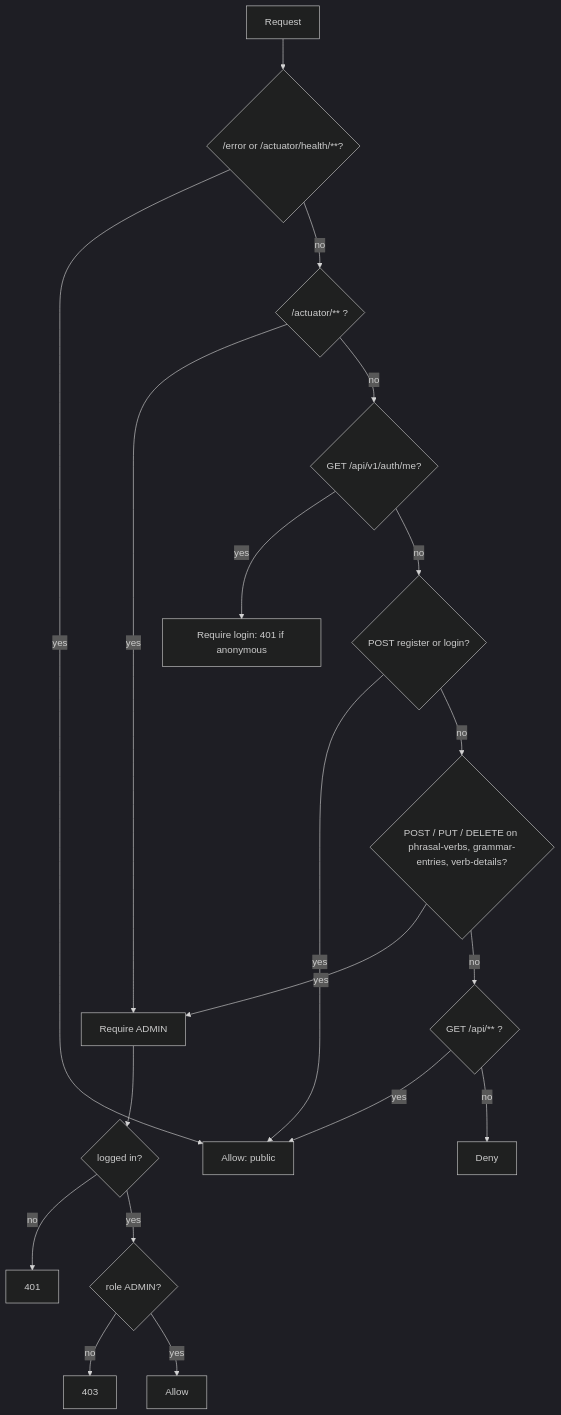
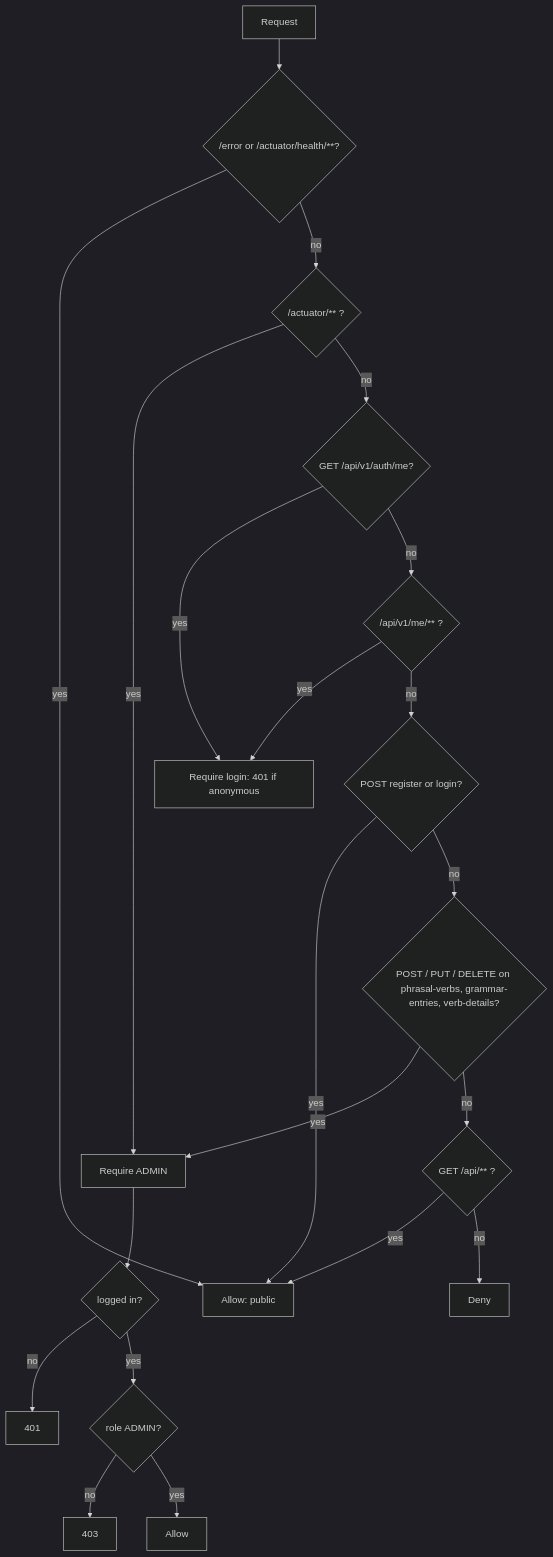
Before and after one commit to makeitfine-org/phrasal: the third of 3 diagrams in docs/diagrams/auth-flow.md, drawn with Mermaid (dark theme). The commit also changed other lines of this file and 11 other files, not shown here.

First line of the commit message:
docs: document quiz progress API, sync and flow diagrams

````diff
--- a/docs/diagrams/auth-flow.md
+++ b/docs/diagrams/auth-flow.md
@@ -55,21 +55,23 @@
 ```mermaid
 flowchart TD
     R[Request] --> E{/error or /actuator/health/**?}
     E -- yes --> PUB[Allow: public]
     E -- no --> A{/actuator/** ?}
     A -- yes --> ADM[Require ADMIN]
     A -- no --> ME{GET /api/v1/auth/me?}
     ME -- yes --> AUTH[Require login: 401 if anonymous]
-    ME -- no --> RL{POST register or login?}
+    ME -- no --> MEP{/api/v1/me/** ?}
+    MEP -- yes --> AUTH
+    MEP -- no --> RL{POST register or login?}
     RL -- yes --> PUB
     RL -- no --> W{POST / PUT / DELETE on phrasal-verbs, grammar-entries, verb-details?}
     W -- yes --> ADM
     W -- no --> G{GET /api/** ?}
     G -- yes --> PUB
     G -- no --> DENY[Deny]
     ADM --> C{logged in?}
     C -- no --> U401[401]
     C -- yes --> RO{role ADMIN?}
     RO -- no --> F403[403]
     RO -- yes --> OK[Allow]
 ```
````
